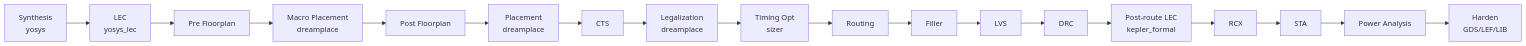
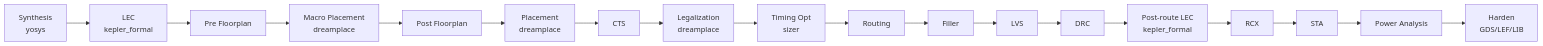
Before and after one commit to openecos-projects/ecc: the second of 2 diagrams in chipcompiler/docs/ecc-tutorial.cn.md, drawn with Mermaid. The commit also changed other lines of this file and 8 other files, not shown here.

````diff
--- a/chipcompiler/docs/ecc-tutorial.cn.md
+++ b/chipcompiler/docs/ecc-tutorial.cn.md
@@ -290,6 +290,6 @@
 ```mermaid
 graph LR
-    A[Synthesis<br/>yosys] --> Q[LEC<br/>yosys_lec] --> B[Pre Floorplan] --> C[Macro Placement<br/>dreamplace] --> P[Post Floorplan] --> D[Placement<br/>dreamplace]
+    A[Synthesis<br/>yosys] --> Q[LEC<br/>kepler_formal] --> B[Pre Floorplan] --> C[Macro Placement<br/>dreamplace] --> P[Post Floorplan] --> D[Placement<br/>dreamplace]
     D --> E[CTS] --> F[Legalization<br/>dreamplace] --> T[Timing Opt<br/>sizer] --> G[Routing]
     G --> J[Filler] --> I[LVS] --> H[DRC] --> N[Post-route LEC<br/>kepler_formal] --> K[RCX] --> L[STA] --> W[Power Analysis] --> M[Harden<br/>GDS/LEF/LIB]
 ```
````
